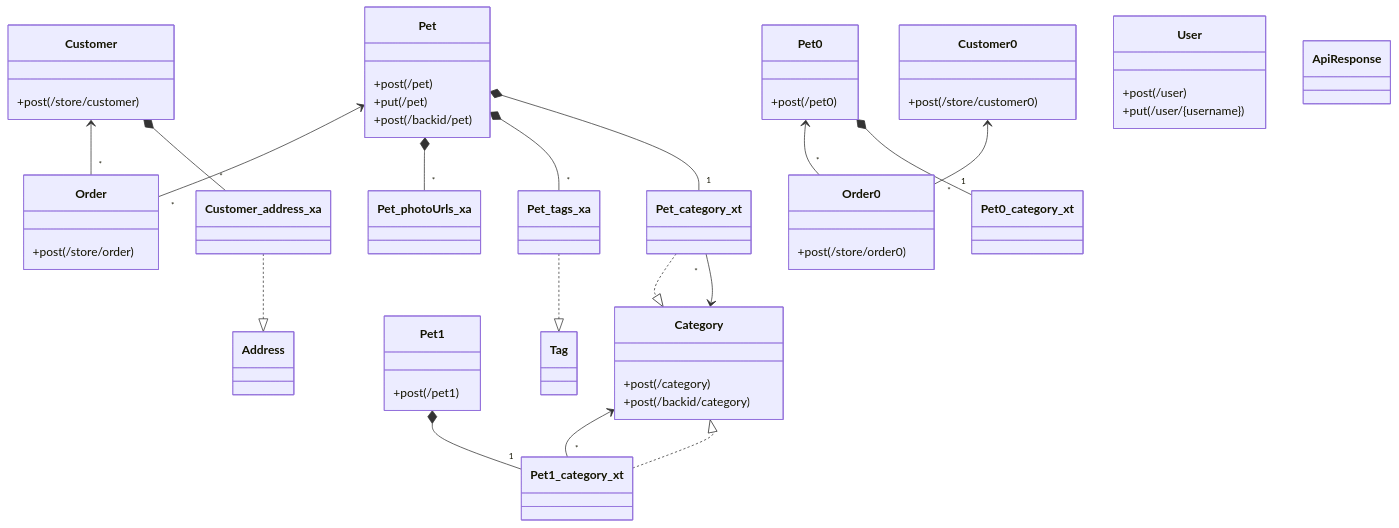
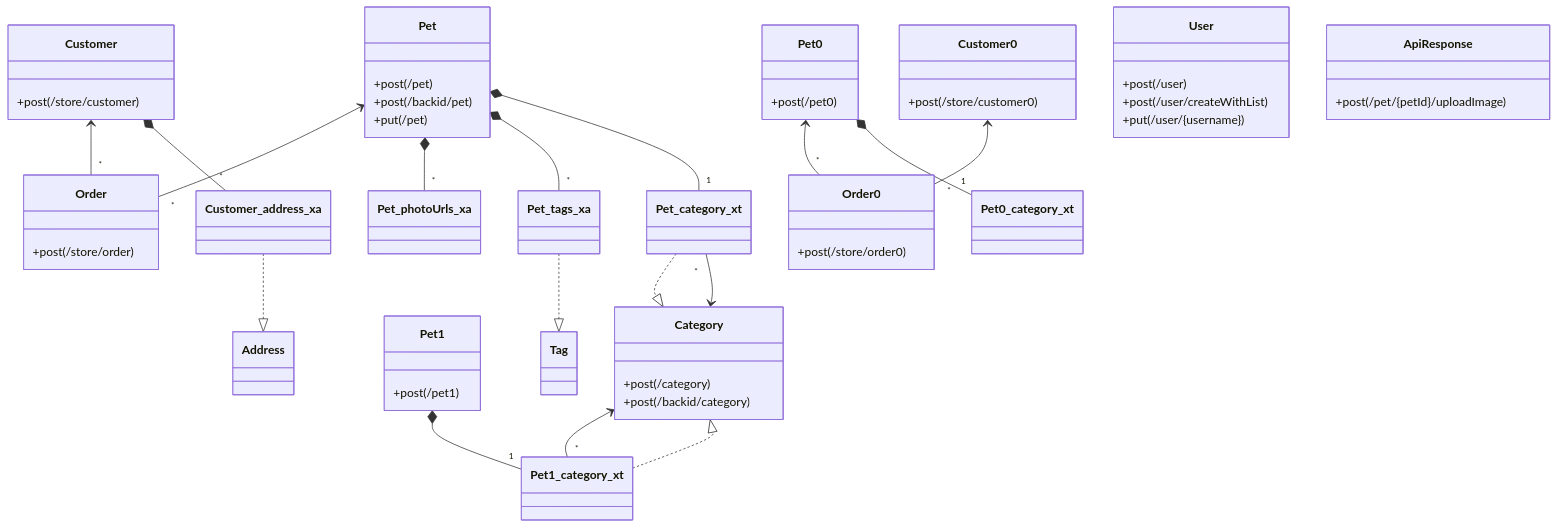
The first of 3 diagrams in README.md (giis-uniovi/tdrules-st-tdg), drawn with Mermaid before and after one commit. The commit also changed other lines of this file and 10 other files, not shown here.

````diff
--- a/README.md
+++ b/README.md
@@ -77,34 +77,36 @@
 ```mermaid
 classDiagram
   Pet <--"*" Order
   Customer <--"*" Order
   Customer *--"*" Customer_address_xa
   Category <--"*" Pet_category_xt
   Pet *--"*" Pet_photoUrls_xa
   Pet *--"*" Pet_tags_xa
   Pet *--"1" Pet_category_xt
   Pet0 <--"*" Order0
   Customer0 <--"*" Order0
   Pet0 *--"1" Pet0_category_xt
   Category <--"*" Pet1_category_xt
   Pet1 *--"1" Pet1_category_xt
   Customer_address_xa ..|> Address
   Pet_category_xt ..|> Category
   Pet_tags_xa ..|> Tag
   Pet1_category_xt ..|> Category
   class User
   class ApiResponse
   Order: +post(/store/order)
   Customer: +post(/store/customer)
   Category: +post(/category)
   Category: +post(/backid/category)
   User: +post(/user)
+  User: +post(/user/createWithList)
   User: +put(/user/{username})
   Pet: +post(/pet)
+  Pet: +post(/backid/pet)
   Pet: +put(/pet)
-  Pet: +post(/backid/pet)
   Customer0: +post(/store/customer0)
   Order0: +post(/store/order0)
   Pet0: +post(/pet0)
   Pet1: +post(/pet1)
+  ApiResponse: +post(/pet/{petId}/uploadImage)
 ```
````
